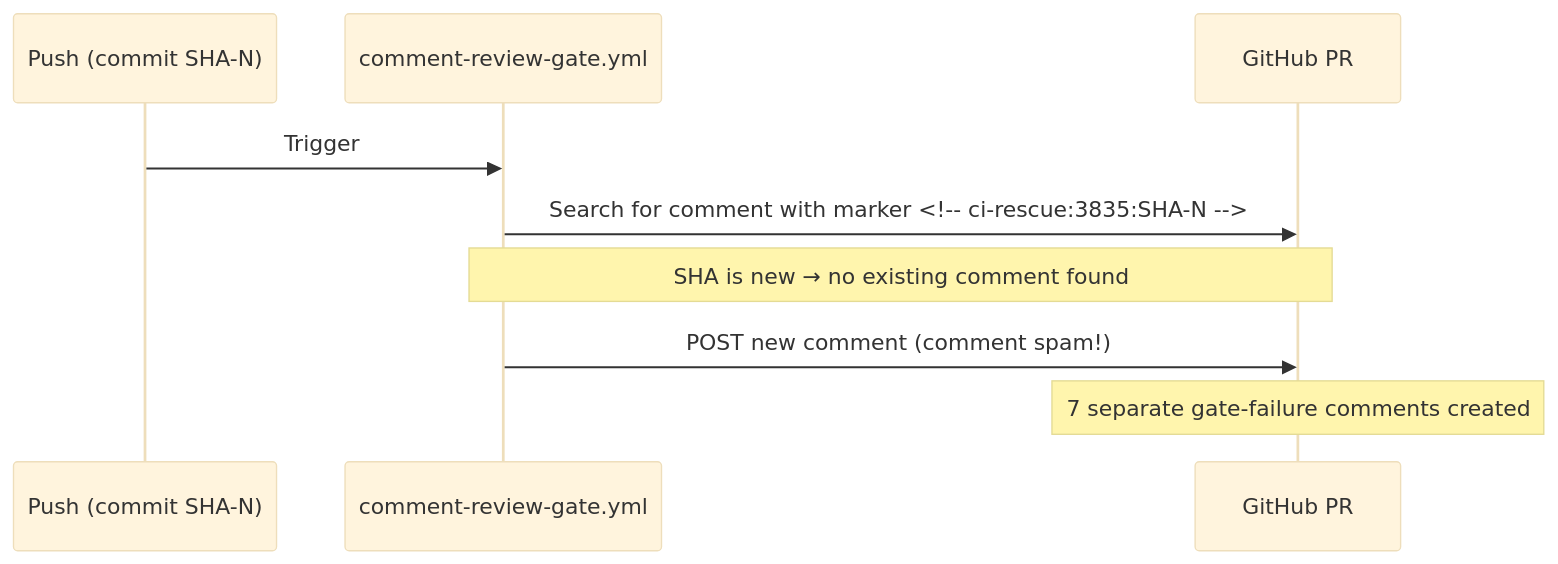
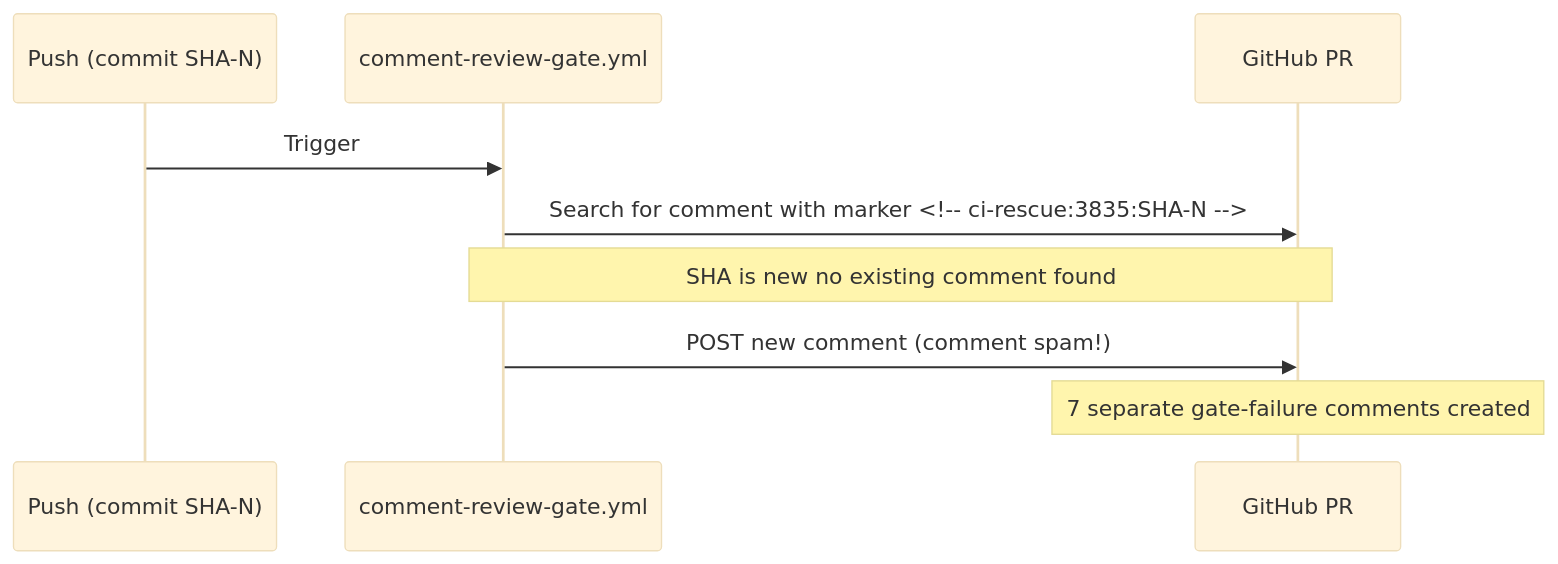
Before and after one commit to Aries-Serpent/_codex_: the third of 9 diagrams in docs/workflows/PR_COMMENT_LIFECYCLE.md, drawn with Mermaid (base theme). The commit also changed other lines of this file and 4117 other files, not shown here.

````diff
--- a/docs/workflows/PR_COMMENT_LIFECYCLE.md
+++ b/docs/workflows/PR_COMMENT_LIFECYCLE.md
@@ -157,13 +187,15 @@
 ```mermaid
 %%{init: {'accessibility': {'title': 'Sequence Diagram: ci'}}%%
+
 sequenceDiagram
-    participant P as Push (commit SHA-N)
-    participant CRG as comment-review-gate.yml
-    participant GH as GitHub PR
+ participant P as Push (commit SHA-N)
+ participant CRG as comment-review-gate.yml
+ participant GH as GitHub PR
 
-    P->>CRG: Trigger
-    CRG->>GH: Search for comment with marker <!-- ci-rescue:3835:SHA-N -->
-    Note over CRG,GH: SHA is new → no existing comment found
-    CRG->>GH: POST new comment (comment spam!)
-    Note over GH: 7 separate gate-failure comments created
+ P->>CRG: Trigger
+
+ CRG->>GH: Search for comment with marker <!-- ci-rescue:3835:SHA-N -->
+ Note over CRG,GH: SHA is new no existing comment found
+ CRG->>GH: POST new comment (comment spam!)
+ Note over GH: 7 separate gate-failure comments created
 ```
````
